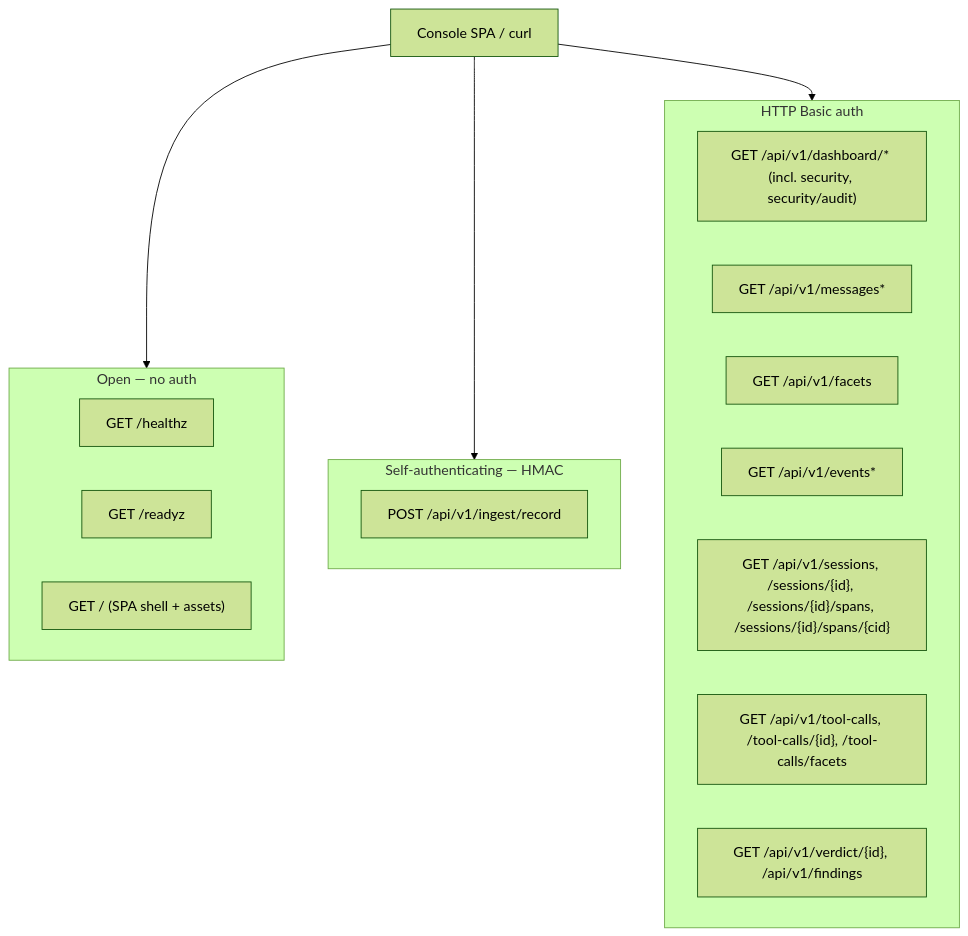
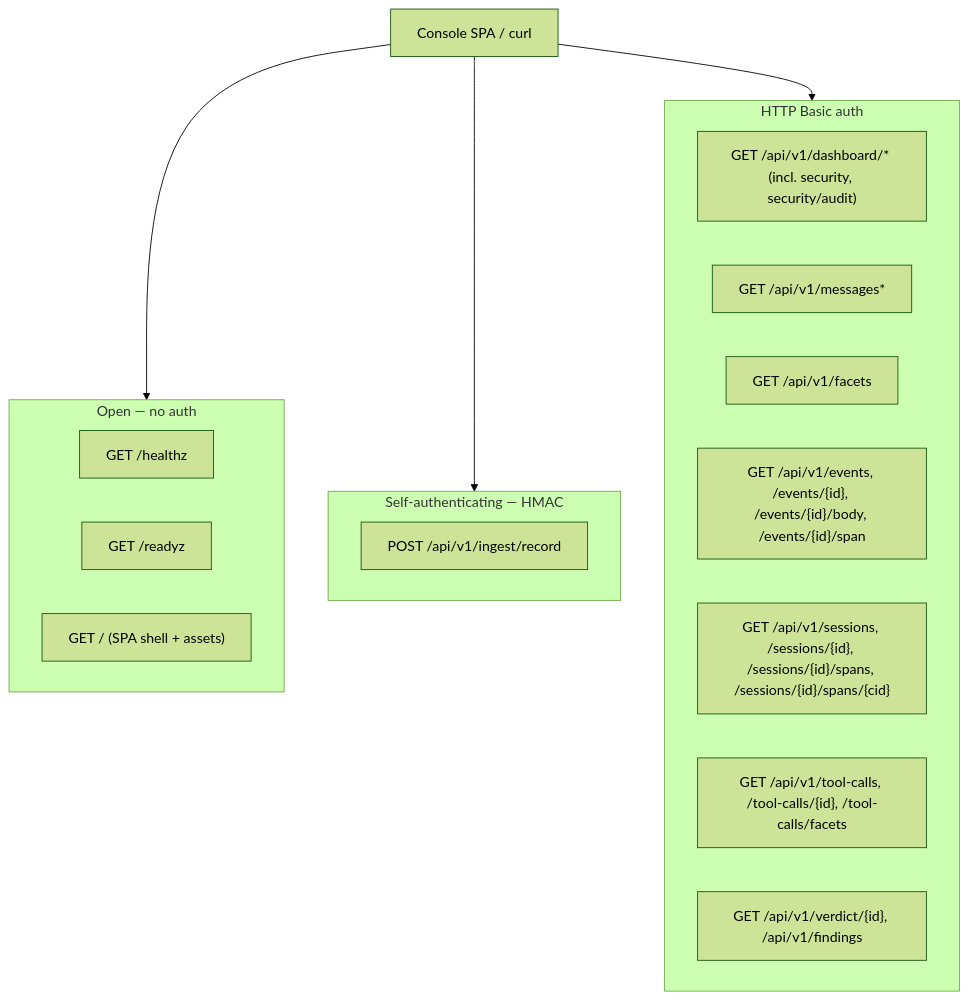
Before and after one commit to andyjmorgan/slipspace-gateway: the diagram in docs/arbiter-api.md, drawn with Mermaid (forest theme). The commit also changed 2 other files, not shown here.

Commit message:
docs: freshness true-up against code (automated sweep)
- docs/admin-console.md: correct the enable/password gating — startAdmin gates only on admin.enabled; the non-empty-password requirement is enforced at config load via admin.Config.Validate (ErrPasswordRequired), not in startAdmin.
- docs/arbiter-api.md: expand the events node to the actual routes (/events, /events/{id}, /events/{id}/body, /events/{id}/span) instead of the /events* glob.
- docs/local-development.md: list the full per-connector spool subdirectory set (active/sealed/uploading/deadletter/quarantine) and note startup quarantine of torn segments.

````diff
--- a/docs/arbiter-api.md
+++ b/docs/arbiter-api.md
@@ -23,24 +23,24 @@
 ```mermaid
 flowchart TD
   client[Console SPA / curl]
   subgraph open[Open — no auth]
     health["GET /healthz"]
     ready["GET /readyz"]
     spa["GET / (SPA shell + assets)"]
   end
   subgraph hmac[Self-authenticating — HMAC]
     ingest["POST /api/v1/ingest/record"]
   end
   subgraph gated[HTTP Basic auth]
     dash["GET /api/v1/dashboard/* (incl. security, security/audit)"]
     msgs["GET /api/v1/messages*"]
     facets["GET /api/v1/facets"]
-    events["GET /api/v1/events*"]
+    events["GET /api/v1/events, /events/{id}, /events/{id}/body, /events/{id}/span"]
     sessions["GET /api/v1/sessions, /sessions/{id}, /sessions/{id}/spans, /sessions/{id}/spans/{cid}"]
     toolcalls["GET /api/v1/tool-calls, /tool-calls/{id}, /tool-calls/facets"]
     security["GET /api/v1/verdict/{id}, /api/v1/findings"]
   end
   client --> open
   client --> hmac
   client --> gated
 ```
````
